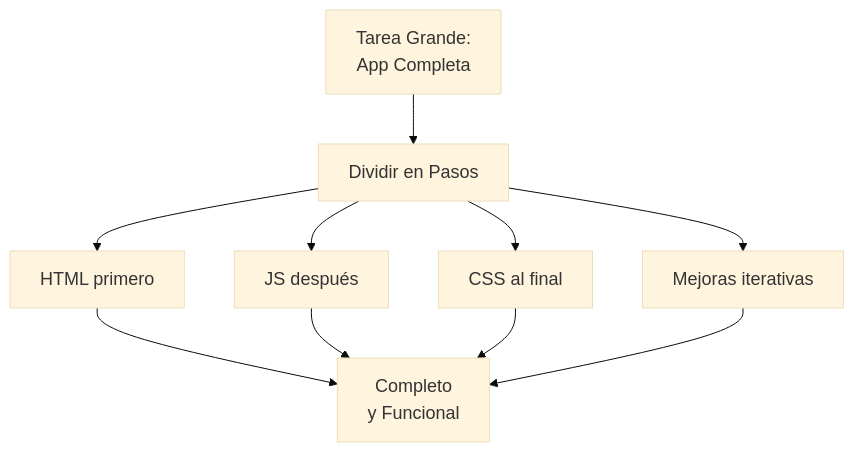
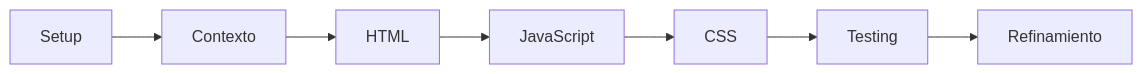
The diagram in courses/02-development/FPUNA-2026/00-FUNDAMENTOS-PRINCIPALES/05-proyecto-en-vivo.md (Ai-Whisperers/Courses-Content), drawn with Mermaid before and after one commit. The commit also changed other lines of this file and 25 other files, not shown here.

````diff
--- a/courses/02-development/FPUNA-2026/00-FUNDAMENTOS-PRINCIPALES/05-proyecto-en-vivo.md
+++ b/courses/02-development/FPUNA-2026/00-FUNDAMENTOS-PRINCIPALES/05-proyecto-en-vivo.md
@@ -942,14 +19,9 @@
 ```mermaid
-%%{init: {'theme':'base', 'themeVariables': {'fontSize':'18px'}}}%%
-flowchart TD
-    A[Tarea Grande:<br/>App Completa] --> B[Dividir en Pasos]
-    B --> C[HTML primero]
-    B --> D[JS después]
-    B --> E[CSS al final]
-    B --> F[Mejoras iterativas]
-    
-    C --> G[Completo<br/>y Funcional]
-    D --> G
-    E --> G
-    F --> G
+graph LR
+    A[Setup] --> B[Contexto]
+    B --> C[HTML]
+    C --> D[JavaScript]
+    D --> E[CSS]
+    E --> F[Testing]
+    F --> G[Refinamiento]
 ```
````
